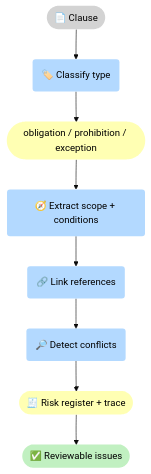
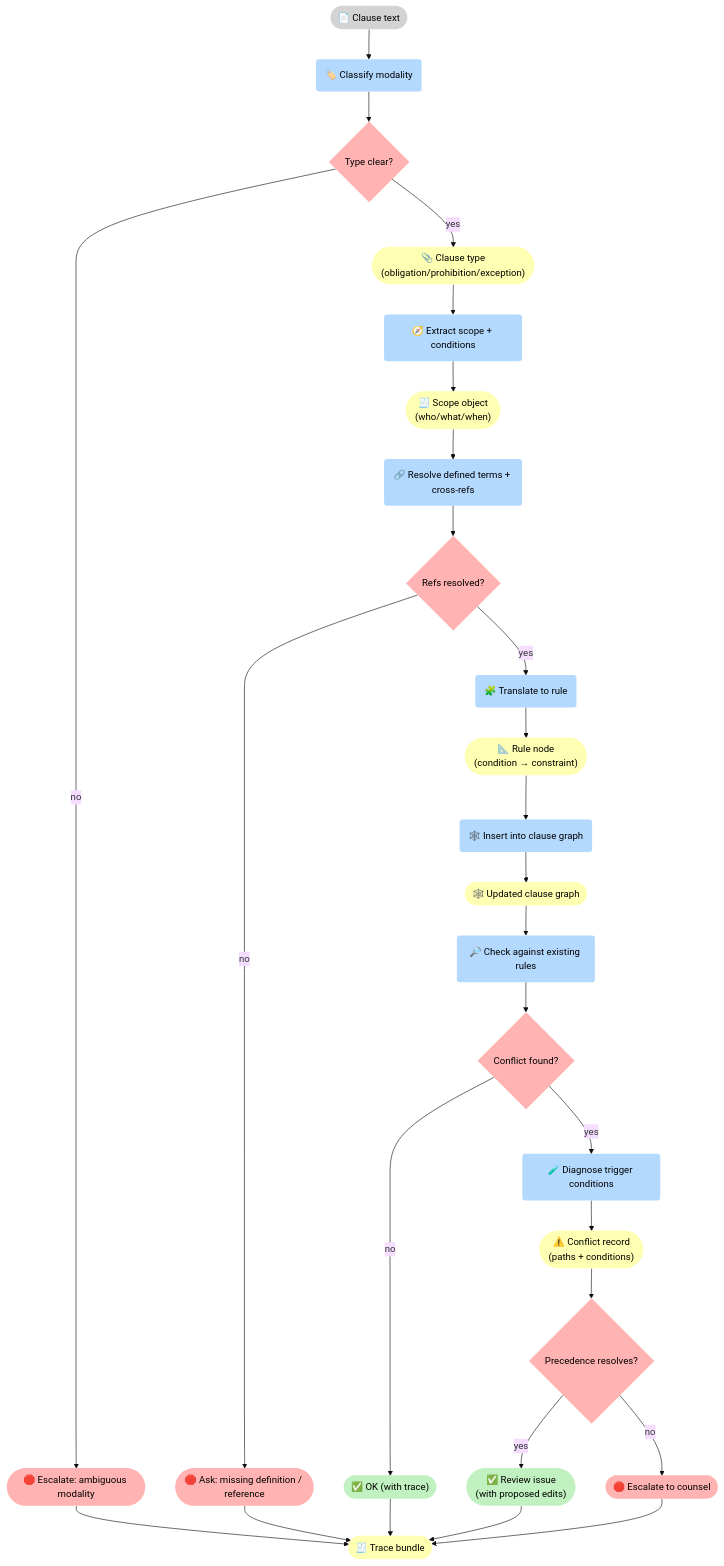
One commit to 5Reasons/5reasons.github.io changed the second of 3 diagrams in docs/case-studies/legal.md. Above: the diagram before and after it, drawn with Mermaid (base theme). The commit also changed other lines of this file and 8 other files, not shown here.

First line of the commit message:
Enhance case studies with detailed flowcharts and explicit gates

````diff
--- a/docs/case-studies/legal.md
+++ b/docs/case-studies/legal.md
@@ -85,20 +116,50 @@
 ```mermaid
 flowchart TB
 %% Styles (brModel Standard)
 classDef i fill:#D3D3D3,stroke-width:0px,color:#000;
 classDef p fill:#B3D9FF,stroke-width:0px,color:#000;
 classDef r fill:#FFFFB3,stroke-width:0px,color:#000;
 classDef o fill:#C1F0C1,stroke-width:0px,color:#000;
 classDef s fill:#FFB3B3,stroke-width:0px,color:#000;
 
-I_C(["📄 Clause"]):::i
-P_T("🏷️ Classify type"):::p
-R_Type(["obligation / prohibition / exception"]):::r
+I_C(["📄 Clause text"]):::i
+P_T("🏷️ Classify modality"):::p
+G_Type{"Type clear?"}:::s
+R_Type(["📎 Clause type<br>(obligation/prohibition/exception)"]):::r
+S_EscType(["🛑 Escalate: ambiguous modality"]):::s
+
 P_S("🧭 Extract scope + conditions"):::p
-P_L("🔗 Link references"):::p
-P_D("🔎 Detect conflicts"):::p
-R_R(["🧾 Risk register + trace"]):::r
-O_Out(["✅ Reviewable issues"]):::o
+R_Scope(["🧾 Scope object<br>(who/what/when)"]):::r
+P_Refs("🔗 Resolve defined terms + cross-refs"):::p
+G_Refs{"Refs resolved?"}:::s
+S_Ask(["🛑 Ask: missing definition / reference"]):::s
 
-I_C --> P_T --> R_Type --> P_S --> P_L --> P_D --> R_R --> O_Out
+P_Rule("🧩 Translate to rule"):::p
+R_Rule(["📐 Rule node<br>(condition → constraint)"]):::r
+P_Insert("🕸️ Insert into clause graph"):::p
+R_CG(["🕸️ Updated clause graph"]):::r
+
+P_Check("🔎 Check against existing rules"):::p
+G_Conf{"Conflict found?"}:::s
+P_Diag("🧪 Diagnose trigger conditions"):::p
+R_Conf(["⚠️ Conflict record<br>(paths + conditions)"]):::r
+
+G_Prec{"Precedence resolves?"}:::s
+O_OK(["✅ OK (with trace)"]):::o
+O_Iss(["✅ Review issue<br>(with proposed edits)"]):::o
+S_Esc(["🛑 Escalate to counsel"]):::s
+R_Tr(["🧾 Trace bundle"]):::r
+
+I_C --> P_T --> G_Type
+G_Type -->|"no"| S_EscType --> R_Tr
+G_Type -->|"yes"| R_Type --> P_S --> R_Scope --> P_Refs --> G_Refs
+
+G_Refs -->|"no"| S_Ask --> R_Tr
+G_Refs -->|"yes"| P_Rule --> R_Rule --> P_Insert --> R_CG --> P_Check --> G_Conf
+
+G_Conf -->|"no"| O_OK --> R_Tr
+G_Conf -->|"yes"| P_Diag --> R_Conf --> G_Prec
+
+G_Prec -->|"yes"| O_Iss --> R_Tr
+G_Prec -->|"no"| S_Esc --> R_Tr
 ```
````
